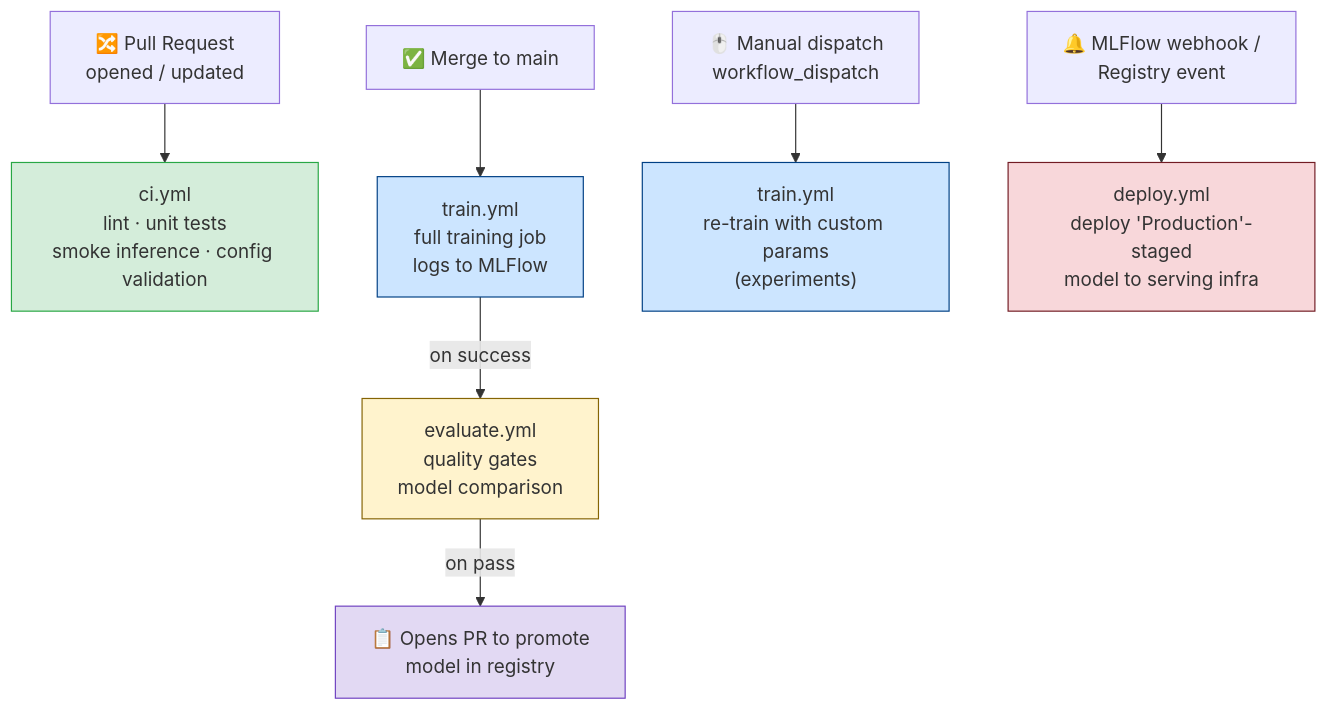
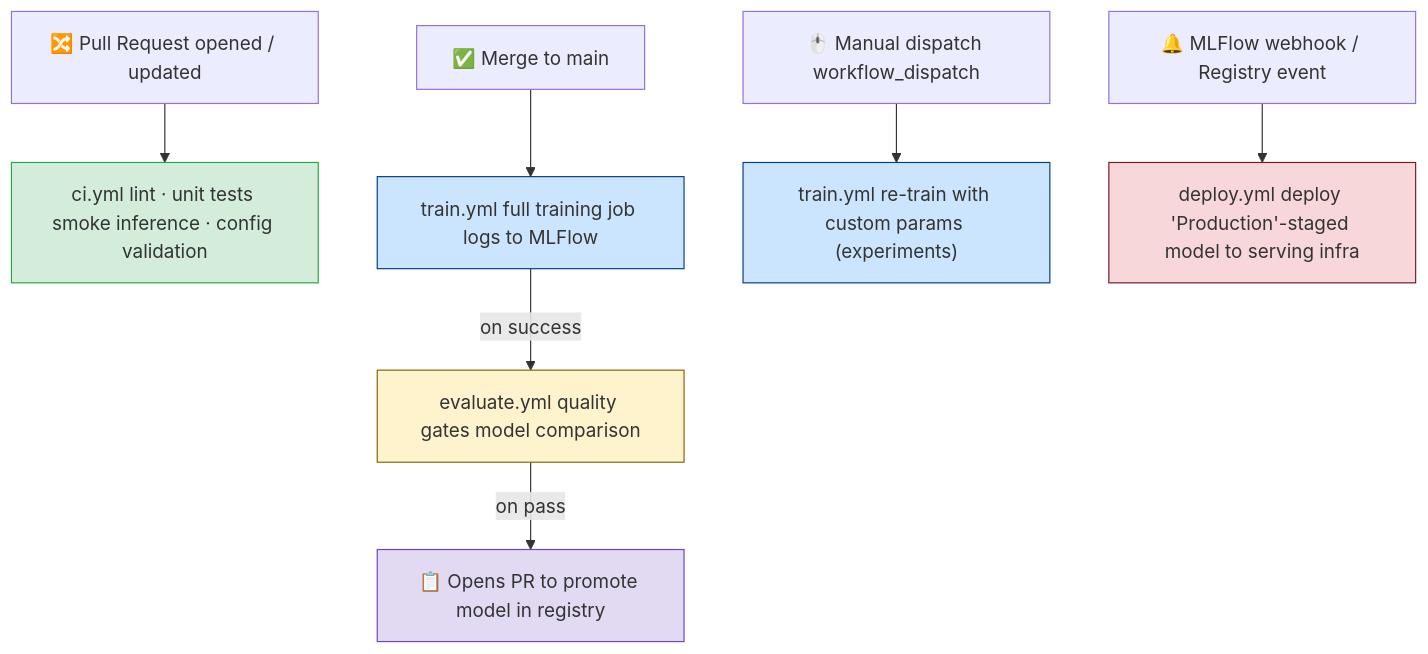
One commit to theja-vanka/blogs changed the first of 3 diagrams in posts/deployment/github-mlflow/index.qmd. Above: the diagram before and after it, drawn with Mermaid. The commit also changed other lines of this file and 96 other files, not shown here.

````diff
--- a/posts/deployment/github-mlflow/index.qmd
+++ b/posts/deployment/github-mlflow/index.qmd
@@ -217,28 +202,28 @@
 ```{mermaid}
 %%| label: fig-trigger-map
 %%| fig-cap: "GitHub event → workflow mapping"
 %%| echo: false
 
 flowchart TD
-    PR["🔀 Pull Request\nopened / updated"]
+    PR["🔀 Pull Request opened / updated"]
     MERGE["✅ Merge to main"]
-    MANUAL["🖱️ Manual dispatch\nworkflow_dispatch"]
-    WEBHOOK["🔔 MLFlow webhook /\nRegistry event"]
+    MANUAL["🖱️ Manual dispatch workflow_dispatch"]
+    WEBHOOK["🔔 MLFlow webhook / Registry event"]
 
-    PR --> CI["ci.yml\nlint · unit tests\nsmoke inference · config validation"]
+    PR --> CI["ci.yml lint · unit tests smoke inference · config validation"]
 
-    MERGE --> TRAIN["train.yml\nfull training job\nlogs to MLFlow"]
-    TRAIN -->|on success| EVAL["evaluate.yml\nquality gates\nmodel comparison"]
-    EVAL -->|on pass| REG["📋 Opens PR to promote\nmodel in registry"]
+    MERGE --> TRAIN["train.yml full training job logs to MLFlow"]
+    TRAIN -->|on success| EVAL["evaluate.yml quality gates model comparison"]
+    EVAL -->|on pass| REG["📋 Opens PR to promote model in registry"]
 
-    MANUAL --> TRAIN2["train.yml\nre-train with custom params\n(experiments)"]
+    MANUAL --> TRAIN2["train.yml re-train with custom params (experiments)"]
 
-    WEBHOOK --> DEPLOY["deploy.yml\ndeploy 'Production'-staged\nmodel to serving infra"]
+    WEBHOOK --> DEPLOY["deploy.yml deploy 'Production'-staged model to serving infra"]
 
     style CI fill:#d4edda,stroke:#28a745
     style TRAIN fill:#cce5ff,stroke:#004085
     style TRAIN2 fill:#cce5ff,stroke:#004085
     style EVAL fill:#fff3cd,stroke:#856404
     style REG fill:#e2d9f3,stroke:#6f42c1
     style DEPLOY fill:#f8d7da,stroke:#721c24
 ```
````
